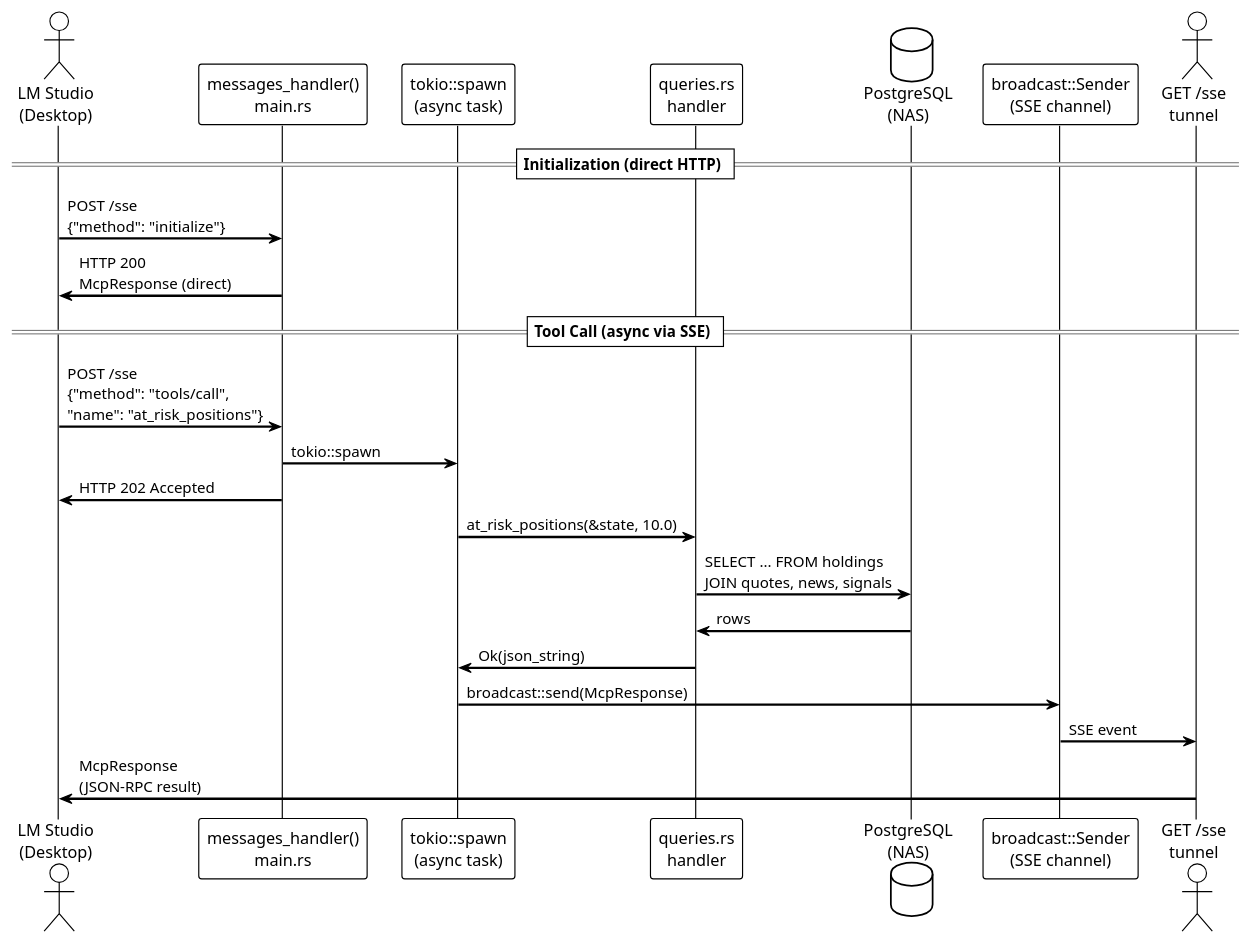
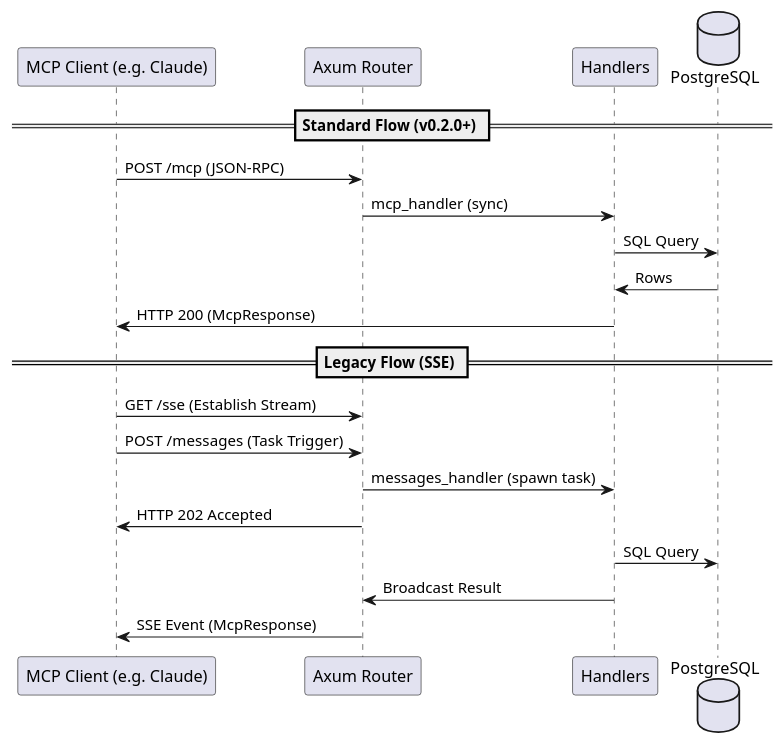
Before and after one commit to DBuret/mcp-postgres: the diagram in src/README.adoc, drawn with PlantUML. The commit also changed other lines of this file and 5 other files, not shown here.

Commit message:
0.2.0 /mcp post endpoint for modern clients (open webui, ...)

```diff
--- a/src/README.adoc
+++ b/src/README.adoc
@@ -130,33 +133,25 @@
 [plantuml]
 ----
 @startuml
+participant "MCP Client (e.g. Claude)" as LMS
+participant "Axum Router" as AR
+participant "Handlers" as H
+database "PostgreSQL" as PG
 
-!theme plain
-skinparam sequenceArrowThickness 2
+== Standard Flow (v0.2.0+) ==
+LMS -> AR : POST /mcp (JSON-RPC)
+AR  -> H  : mcp_handler (sync)
+H   -> PG : SQL Query
+PG  -> H  : Rows
+H   -> LMS: HTTP 200 (McpResponse)
 
-actor       "LM Studio\n(Desktop)"   as LMS
-participant "messages_handler()\nmain.rs" as MH
-participant "tokio::spawn\n(async task)" as TS
-participant "queries.rs\nhandler"    as QH
-database    "PostgreSQL\n(NAS)"      as PG
-participant "broadcast::Sender\n(SSE channel)" as SSE
-actor       "GET /sse\ntunnel"       as SSET
-
-== Initialization (direct HTTP) ==
-LMS -> MH  : POST /sse\n{"method": "initialize"}
-MH  -> LMS : HTTP 200\nMcpResponse (direct)
-
-== Tool Call (async via SSE) ==
-LMS -> MH  : POST /sse\n{"method": "tools/call",\n"name": "at_risk_positions"}
-MH  -> TS  : tokio::spawn
-MH  -> LMS : HTTP 202 Accepted
-
-TS  -> QH  : at_risk_positions(&state, 10.0)
-QH  -> PG  : SELECT ... FROM holdings\nJOIN quotes, news, signals
-PG  -> QH  : rows
-QH  -> TS  : Ok(json_string)
-TS  -> SSE : broadcast::send(McpResponse)
-SSE -> SSET: SSE event
-SSET-> LMS : McpResponse\n(JSON-RPC result)
+== Legacy Flow (SSE) ==
+LMS -> AR : GET /sse (Establish Stream)
+LMS -> AR : POST /messages (Task Trigger)
+AR  -> H  : messages_handler (spawn task)
+AR  -> LMS: HTTP 202 Accepted
+H   -> PG : SQL Query
+H   -> AR : Broadcast Result
+AR  -> LMS: SSE Event (McpResponse)
 @enduml
 ----
```
